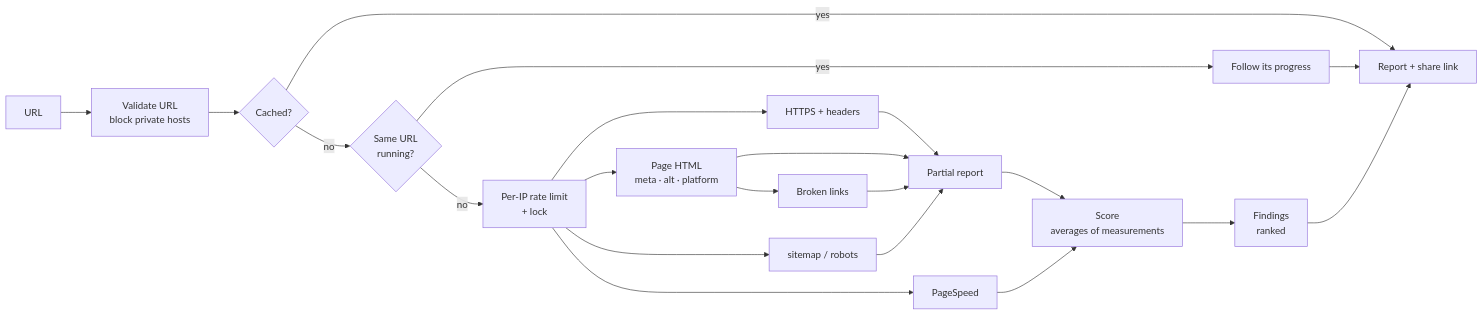
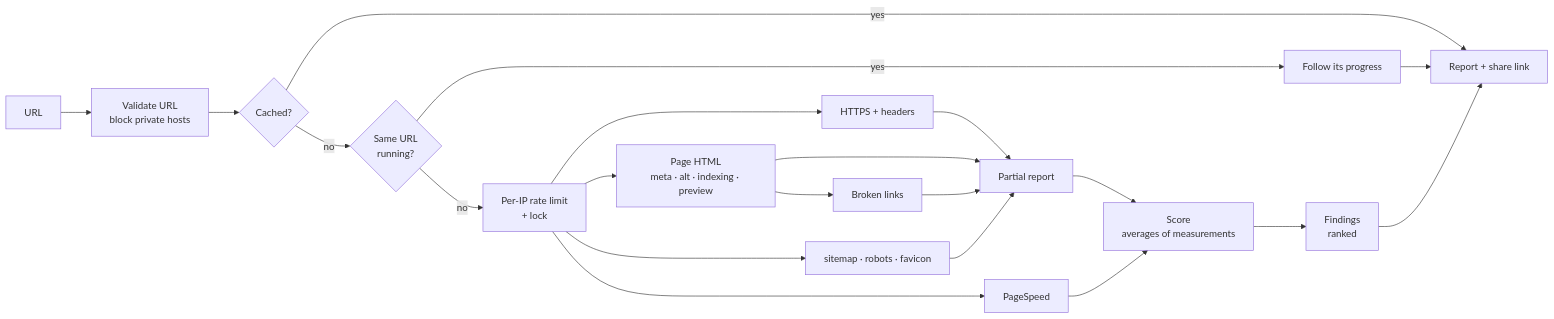
Before and after one commit to leodds21/Website-reviewer: the diagram in README.md, drawn with Mermaid. The commit also changed other lines of this file and 3 other files, not shown here.

````diff
--- a/README.md
+++ b/README.md
@@ -44,19 +45,19 @@
 ```mermaid
 flowchart LR
     U[URL] --> V[Validate URL<br/>block private hosts]
     V --> C{Cached?}
     C -- yes --> R
     C -- no --> I{Same URL<br/>running?}
     I -- yes --> W[Follow its progress]
     W --> R
     I -- no --> L[Per-IP rate limit<br/>+ lock]
     L --> H[HTTPS + headers]
-    L --> P[Page HTML<br/>meta · alt · platform]
+    L --> P[Page HTML<br/>meta · alt · indexing · preview]
     P --> K[Broken links]
-    L --> S[sitemap / robots]
+    L --> S[sitemap · robots · favicon]
     L --> G[PageSpeed]
     H & P & K & S --> PR[Partial report]
     PR & G --> SC[Score<br/>averages of measurements]
     SC --> F[Findings<br/>ranked]
     F --> R[Report + share link]
 ```
````
